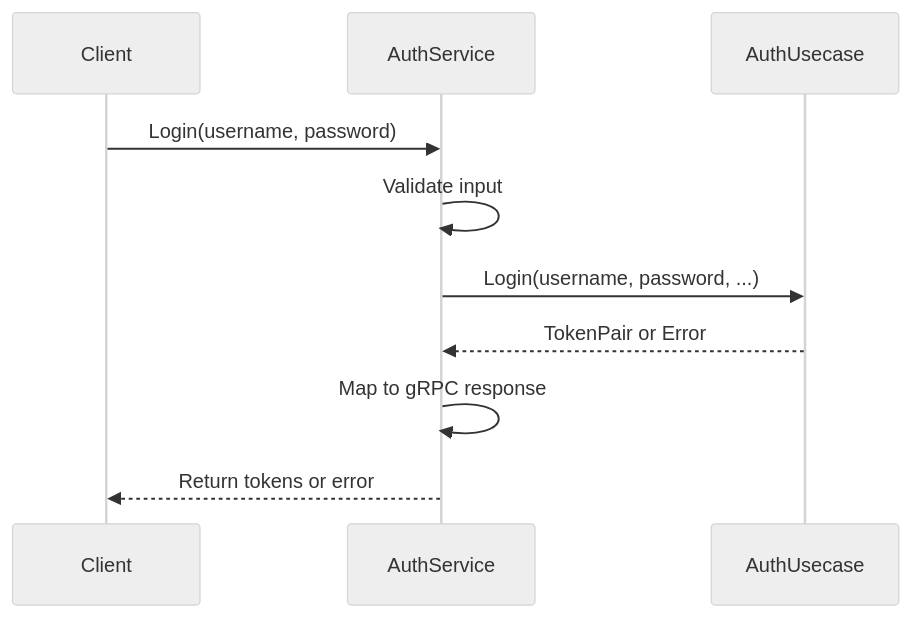
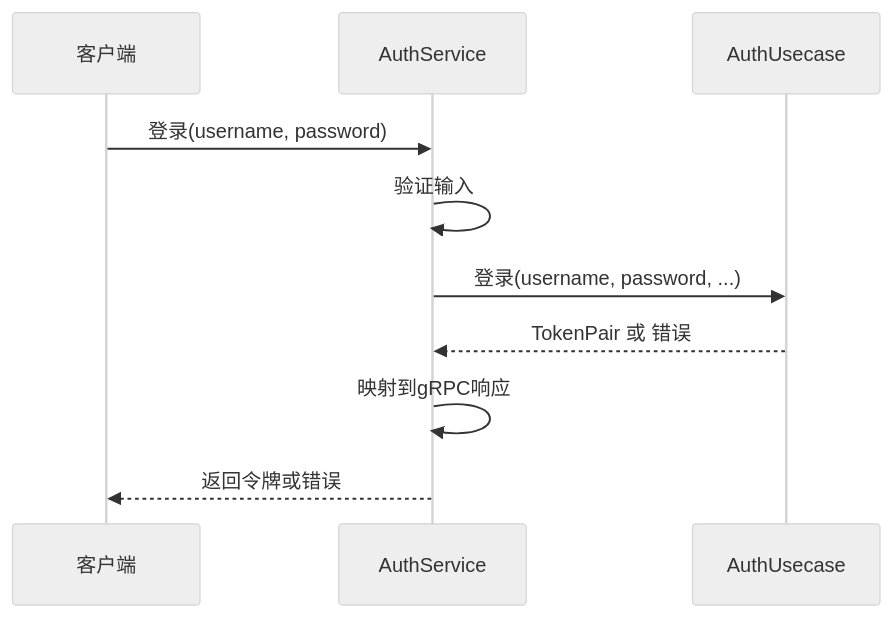
Before and after one commit to 26huitailang/kratos-boilerplate: the fourth of 7 diagrams in .qoder/repowiki/zh/content/Backend Services/Authentication Service.md, drawn with Mermaid (neutral theme). The commit also changed other lines of this file and 31 other files, not shown here.

````diff
--- a/.qoder/repowiki/zh/content/Backend Services/Authentication Service.md
+++ b/.qoder/repowiki/zh/content/Backend Services/Authentication Service.md
@@ -147,12 +155,12 @@
 ```mermaid
 sequenceDiagram
-participant Client
+participant 客户端
 participant AuthService
 participant AuthUsecase
-Client->>AuthService : Login(username, password)
-AuthService->>AuthService : Validate input
-AuthService->>AuthUsecase : Login(username, password, ...)
-AuthUsecase-->>AuthService : TokenPair or Error
-AuthService->>AuthService : Map to gRPC response
-AuthService-->>Client : Return tokens or error
+客户端->>AuthService : 登录(username, password)
+AuthService->>AuthService : 验证输入
+AuthService->>AuthUsecase : 登录(username, password, ...)
+AuthUsecase-->>AuthService : TokenPair 或 错误
+AuthService->>AuthService : 映射到gRPC响应
+AuthService-->>客户端 : 返回令牌或错误
 ```
````
